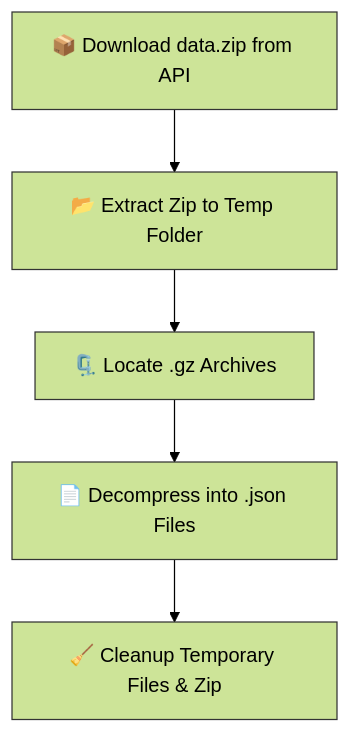
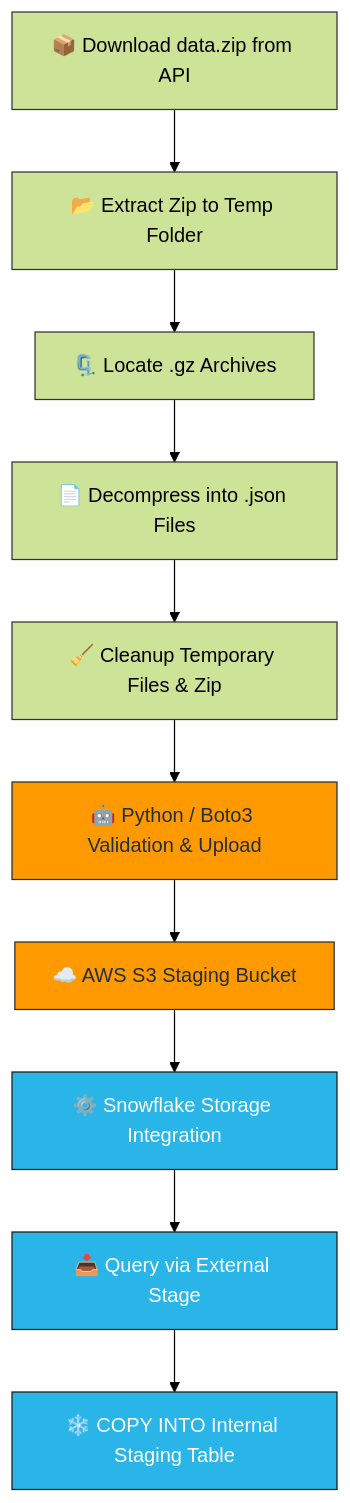
Before and after one commit to EdenTP/Amplitude-ELT: the first of 3 diagrams in README.md, drawn with Mermaid (forest theme). The commit also changed other lines of this file, not shown here.

````diff
--- a/README.md
+++ b/README.md
@@ -27,10 +5,20 @@
 ```mermaid
 flowchart TD
     %% Styling
     classDef main process fill:#bbf,stroke:#333,stroke-width:1px;
+    classDef aws fill:#ff9900,stroke:#232f3e,stroke-width:1px,color:#232f3e;
+    classDef snow fill:#29b5e8,stroke:#1a1a1a,stroke-width:1px,color:#ffffff;
 
+    %% Extraction Phase
     A[📦 Download data.zip from API]:::main --> B[📂 Extract Zip to Temp Folder]:::main
     B --> C[🗜️ Locate .gz Archives]:::main
     C --> D[📄 Decompress into .json Files]:::main
     D --> E[🧹 Cleanup Temporary Files & Zip]:::main
+
+    %% Loading Phase (Boto3 -> AWS -> Snowflake)
+    E --> F[🤖 Python / Boto3 Validation & Upload]:::aws
+    F --> G[☁️ AWS S3 Staging Bucket]:::aws
+    G --> H[⚙️ Snowflake Storage Integration]:::snow
+    H --> I[📥 Query via External Stage]:::snow
+    I --> J[❄️ COPY INTO Internal Staging Table]:::snow
 ```
````
